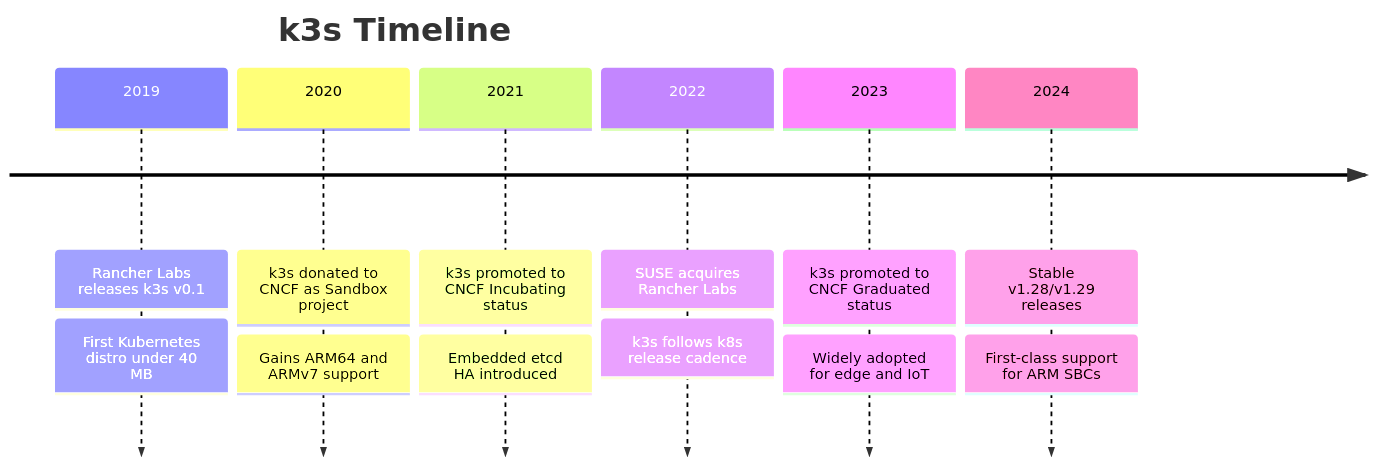
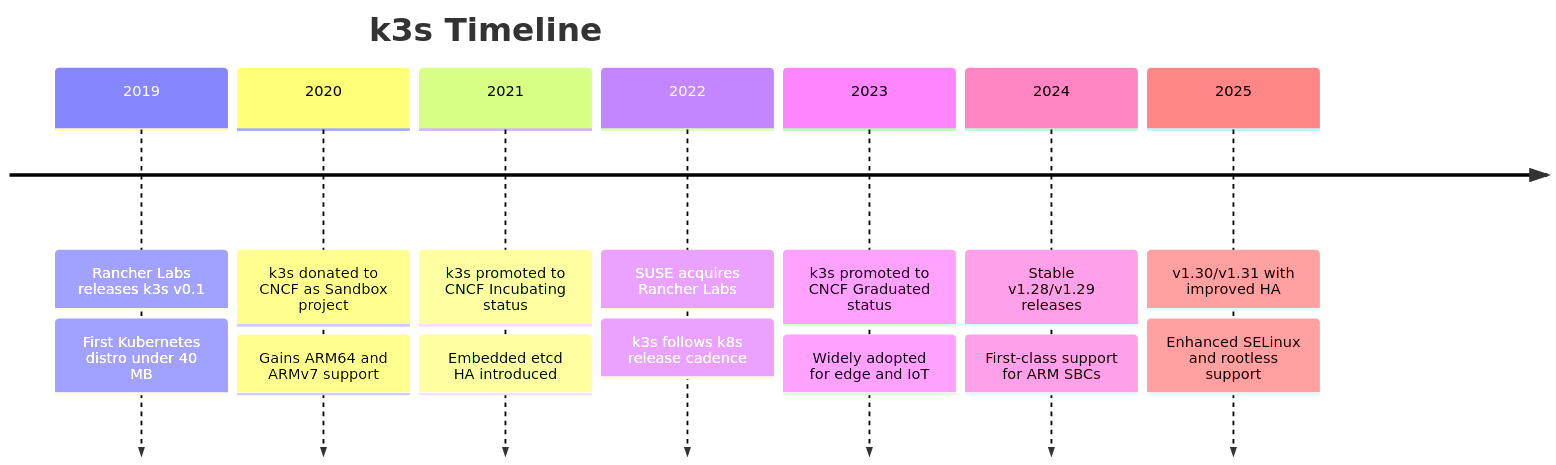
The second of 6 diagrams in 01_introduction/01_what_is_k3s.md (UncleJS/course_k3s), drawn with Mermaid before and after one commit. The commit also changed other lines of this file and 45 other files, not shown here.

First line of the commit message:
Expand all course lessons: Mermaid diagrams + rich prose across 43 files

````diff
--- a/01_introduction/01_what_is_k3s.md
+++ b/01_introduction/01_what_is_k3s.md
@@ -92,16 +108,18 @@
 ```mermaid
 timeline
     title k3s Timeline
     2019 : Rancher Labs releases k3s v0.1
          : First Kubernetes distro under 40 MB
     2020 : k3s donated to CNCF as Sandbox project
          : Gains ARM64 and ARMv7 support
     2021 : k3s promoted to CNCF Incubating status
          : Embedded etcd HA introduced
     2022 : SUSE acquires Rancher Labs
          : k3s follows k8s release cadence
     2023 : k3s promoted to CNCF Graduated status
          : Widely adopted for edge and IoT
     2024 : Stable v1.28/v1.29 releases
          : First-class support for ARM SBCs
+    2025 : v1.30/v1.31 with improved HA
+         : Enhanced SELinux and rootless support
 ```
````
